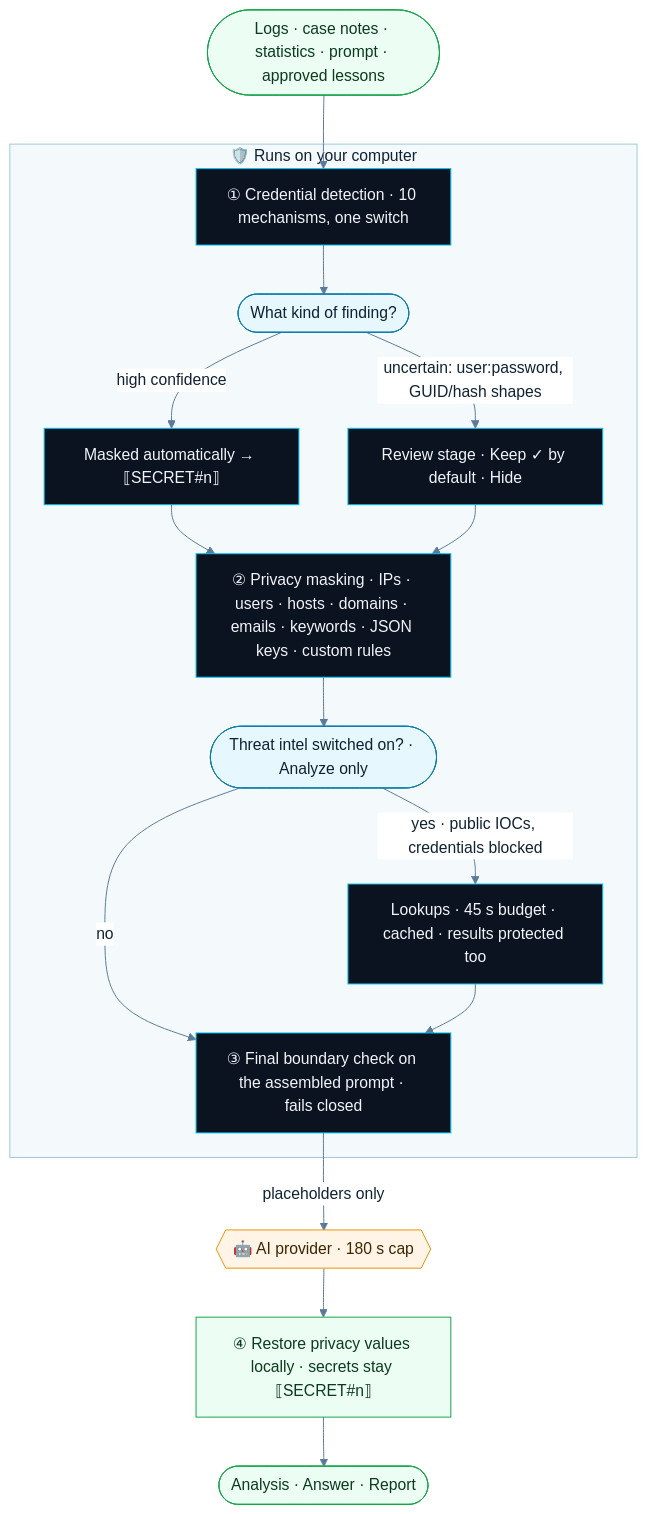
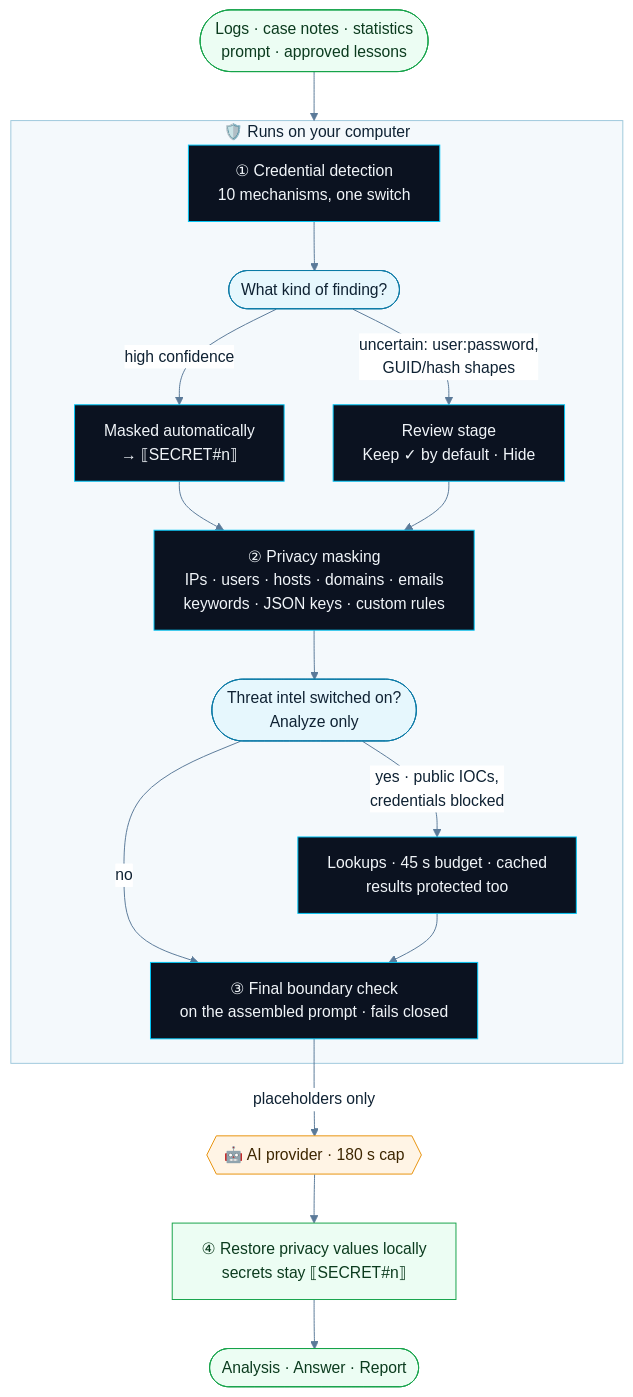
One commit to aymenmarjan/veilux-soc-assistant changed the fifth of 9 diagrams in docs/DIAGRAMS.md. Above: the diagram before and after it, drawn with Mermaid. The commit also changed other lines of this file, not shown here.

Commit message:
docs: fix Mermaid diagram text clipping and layout

````diff
--- a/docs/DIAGRAMS.md
+++ b/docs/DIAGRAMS.md
@@ -157,28 +159,29 @@
 ```mermaid
-%%{init: {"theme":"base","themeVariables":{"primaryColor":"#E6F7FD","primaryBorderColor":"#0C7AA6","primaryTextColor":"#0F2233","lineColor":"#5B7A99","clusterBkg":"#F4F9FC","clusterBorder":"#9FC9DC","titleColor":"#0F2233","edgeLabelBackground":"#FFFFFF"}}}%%
+%%{init: {"theme":"base","themeVariables":{"primaryColor":"#E6F7FD","primaryBorderColor":"#0C7AA6","primaryTextColor":"#0F2233","lineColor":"#5B7A99","clusterBkg":"#F4F9FC","clusterBorder":"#9FC9DC","titleColor":"#0F2233","edgeLabelBackground":"#FFFFFF"},"flowchart":{"wrappingWidth":320}}}%%
 flowchart TD
-    IN(["Logs · case notes · statistics · prompt · approved lessons"]) --> SEC
+    %% The arrow ends at the group, so it does not cross the group's title.
+    IN(["Logs · case notes · statistics<br/>prompt · approved lessons"]) --> LOCAL
     subgraph LOCAL["🛡️ Runs on your computer"]
-        SEC["① Credential detection · 10 mechanisms, one switch"] --> SPLIT(["What kind of finding?"])
-        SPLIT -- "high confidence" --> MASK1["Masked automatically → ⟦SECRET#n⟧"]
-        SPLIT -- "uncertain: user:password, GUID/hash shapes" --> REV["Review stage · Keep ✓ by default · Hide"]
+        SEC["① Credential detection<br/>10 mechanisms, one switch"] --> SPLIT(["What kind of finding?"])
+        SPLIT -- "high confidence" --> MASK1["Masked automatically<br/>→ ⟦SECRET#n⟧"]
+        SPLIT -- "uncertain: user:password,<br/>GUID/hash shapes" --> REV["Review stage<br/>Keep ✓ by default · Hide"]
         MASK1 --> PRIV
-        REV --> PRIV["② Privacy masking · IPs · users · hosts · domains · emails · keywords · JSON keys · custom rules"]
-        PRIV --> TIQ(["Threat intel switched on? · Analyze only"])
-        TIQ -- "yes · public IOCs, credentials blocked" --> LOOK["Lookups · 45 s budget · cached · results protected too"]
+        REV --> PRIV["② Privacy masking<br/>IPs · users · hosts · domains · emails<br/>keywords · JSON keys · custom rules"]
+        PRIV --> TIQ(["Threat intel switched on?<br/>Analyze only"])
+        TIQ -- "yes · public IOCs,<br/>credentials blocked" --> LOOK["Lookups · 45 s budget · cached<br/>results protected too"]
         TIQ -- "no" --> FIN
-        LOOK --> FIN["③ Final boundary check on the assembled prompt · fails closed"]
+        LOOK --> FIN["③ Final boundary check<br/>on the assembled prompt · fails closed"]
     end
     FIN -- "placeholders only" --> AI{{"🤖 AI provider · 180 s cap"}}
-    AI --> RESTORE["④ Restore privacy values locally · secrets stay ⟦SECRET#n⟧"]
+    AI --> RESTORE["④ Restore privacy values locally<br/>secrets stay ⟦SECRET#n⟧"]
     RESTORE --> OUT(["Analysis · Answer · Report"])
 
     classDef safe fill:#0B1220,stroke:#00C8F8,color:#F1F5F9
     classDef ext fill:#FFF4E5,stroke:#E8920C,color:#3D2600
     classDef ok fill:#ECFDF3,stroke:#16A34A,color:#0B3B1E
     classDef q fill:#E6F7FD,stroke:#0C7AA6,color:#0F2233
     class SEC,REV,MASK1,PRIV,LOOK,FIN safe
     class SPLIT,TIQ q
     class AI ext
     class RESTORE,OUT,IN ok
 ```
````
